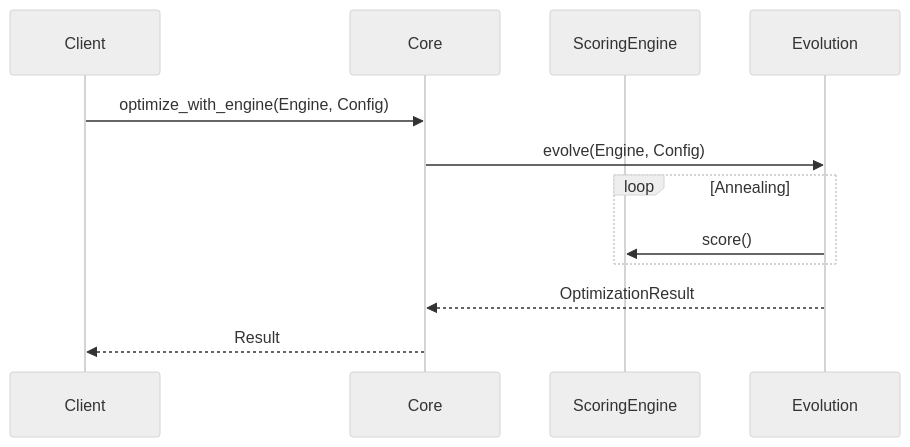
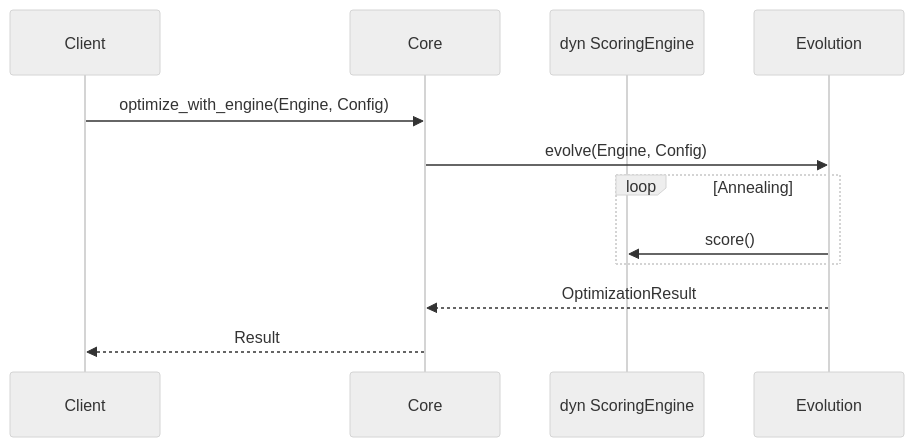
One commit to infodungeon/keyforge changed the diagram in docs/design/keyforge-core/README.md. Above: the diagram before and after it, drawn with Mermaid (neutral theme). The commit also changed 100 other files, not shown here.

````diff
--- a/docs/design/keyforge-core/README.md
+++ b/docs/design/keyforge-core/README.md
@@ -14,18 +14,18 @@
 ```mermaid
 sequenceDiagram
     participant Client
     participant Core
-    participant Physics as ScoringEngine
+    participant Physics as dyn ScoringEngine
     participant Evo as Evolution
 
     Client->>Core: optimize_with_engine(Engine, Config)
     
     Core->>Evo: evolve(Engine, Config)
     
     loop Annealing
         Evo->>Physics: score()
     end
     
     Evo-->>Core: OptimizationResult
     Core-->>Client: Result
 ```
````
